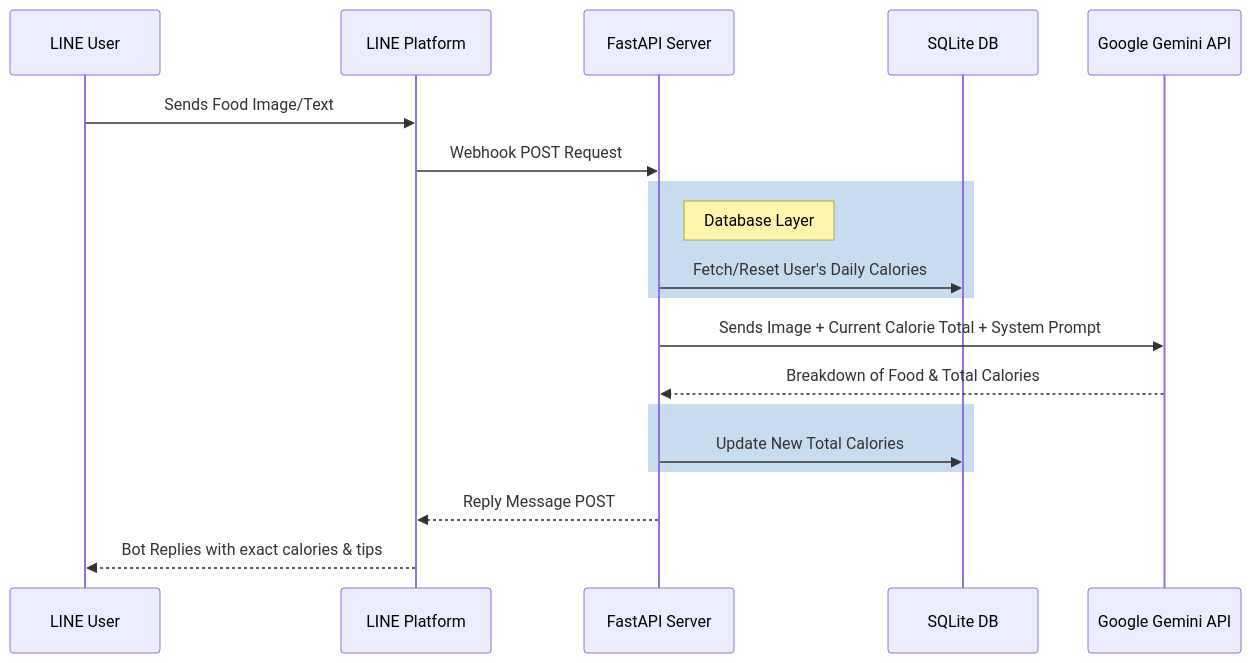
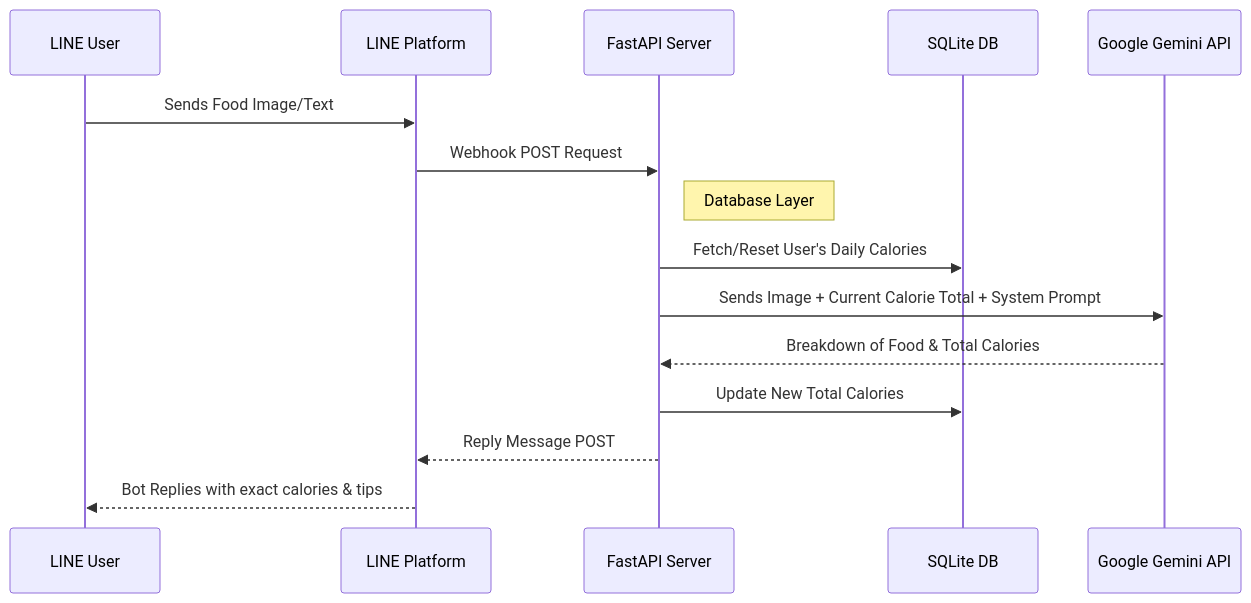
Before and after one commit to welltilln/howmanycals: the diagram in README.md, drawn with Mermaid. The commit also changed other lines of this file and 4 other files, not shown here.

Commit message:
docs: strictly resolve UI issues, shift files to docs, remove all mermaid rect overlays

````diff
--- a/README.md
+++ b/README.md
@@ -50,26 +50,24 @@
 ```mermaid
 sequenceDiagram
     participant User as LINE User
     participant LINE as LINE Platform
     participant App as FastAPI Server
     participant DB as SQLite DB
     participant Gemini as Google Gemini API
 
     User->>LINE: Sends Food Image/Text
     LINE->>App: Webhook POST Request
     
-    rect rgb(200, 220, 240)
+
         Note right of App: Database Layer
         App->>DB: Fetch/Reset User's Daily Calories
-    end
 
     App->>Gemini: Sends Image + Current Calorie Total + System Prompt
     Gemini-->>App: Breakdown of Food & Total Calories
     
-    rect rgb(200, 220, 240)
+
         App->>DB: Update New Total Calories
-    end
 
     App-->>LINE: Reply Message POST
     LINE-->>User: Bot Replies with exact calories & tips
 ```
````
